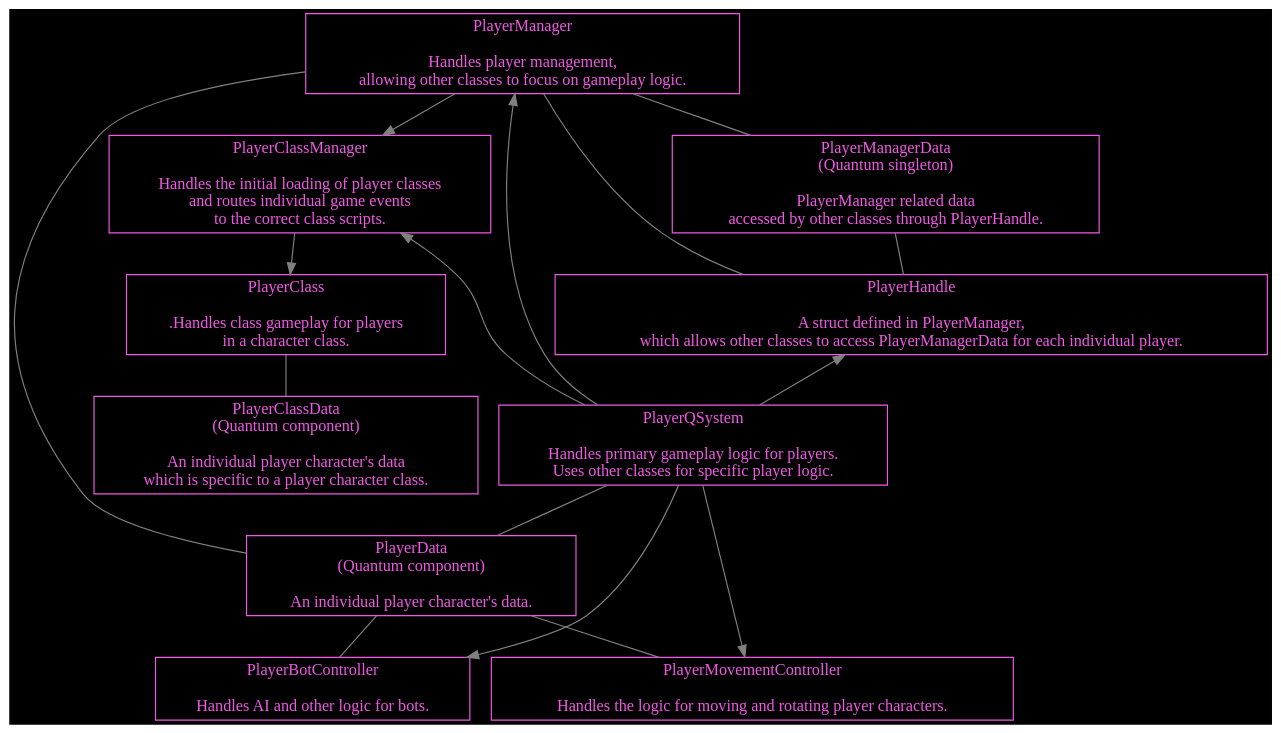
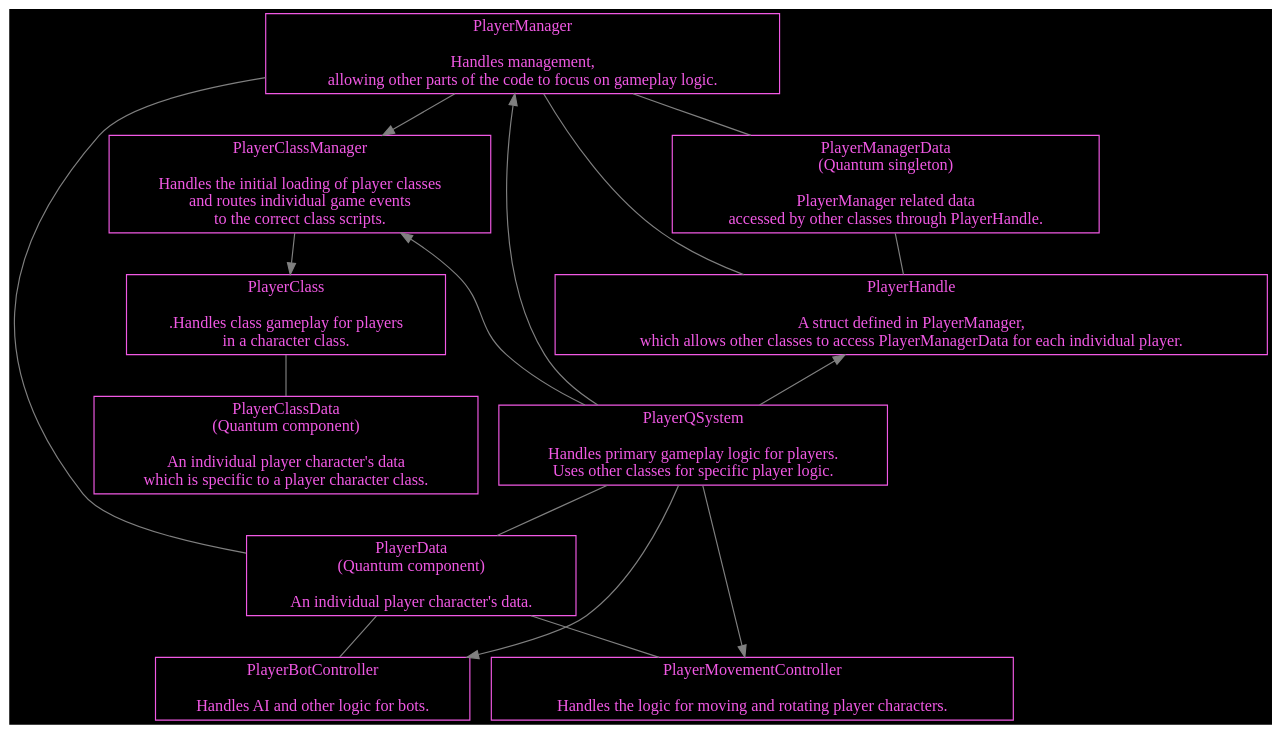
The eighth of 9 diagrams in Doc/Doxygen/Battle/additional-documentation/pages/1-concepts-player-.md (Alt-Org/Altzone), drawn with Graphviz before and after one commit. The commit also changed other lines of this file and 4 other files, not shown here.

````diff
--- a/Doc/Doxygen/Battle/additional-documentation/pages/1-concepts-player-.md
+++ b/Doc/Doxygen/Battle/additional-documentation/pages/1-concepts-player-.md
@@ -383,38 +439,38 @@
 ```dot
 digraph PlayerSimulation {
   color=white;
   fontcolor=white;
   bgcolor=black;
 
   node [shape=box, style=filled, color="#F159E4", fontcolor="#F159E4", fillcolor=black];
   edge [color=gray];
 
-  PlayerManager            [label="PlayerManager\n\nHandles player management,\nallowing other classes to focus on gameplay logic."];
+  PlayerManager            [label="PlayerManager\n\nHandles management,\nallowing other parts of the code to focus on gameplay logic."];
   PlayerManagerData        [label="PlayerManagerData\n(Quantum singleton)\n\nPlayerManager related data\naccessed by other classes through PlayerHandle."];
   PlayerHandle             [label="PlayerHandle\n\nA struct defined in PlayerManager,\nwhich allows other classes to access PlayerManagerData for each individual player."];
   PlayerQSystem            [label="PlayerQSystem\n\nHandles primary gameplay logic for players.\nUses other classes for specific player logic."];
   PlayerMovementController [label="PlayerMovementController\n\nHandles the logic for moving and rotating player characters."];
   PlayerClassManager       [label="PlayerClassManager\n\nHandles the initial loading of player classes\nand routes individual game events\nto the correct class scripts."];
   PlayerClass              [label="PlayerClass\n\n.Handles class gameplay for players\nin a character class."];
   PlayerClassData          [label="PlayerClassData\n(Quantum component)\n\nAn individual player character's data\nwhich is specific to a player character class."];
   PlayerBotController      [label="PlayerBotController\n\nHandles AI and other logic for bots."];
   PlayerData               [label="PlayerData\n(Quantum component)\n\nAn individual player character's data."];
 
   edge [dir=none];
 
   PlayerManager -> PlayerManagerData, PlayerHandle;
   PlayerManagerData -> PlayerHandle;
 
   PlayerManager, PlayerQSystem -> PlayerData -> PlayerMovementController, PlayerBotController;
   PlayerClass -> PlayerClassData;
 
   edge [dir=forwards];
 
   PlayerManager -> PlayerClassManager -> PlayerClass;
   PlayerQSystem -> PlayerMovementController, PlayerBotController;
 
   edge [dir=back];
 
   PlayerManager, PlayerHandle, PlayerClassManager -> PlayerQSystem;
 }
 ```
````
